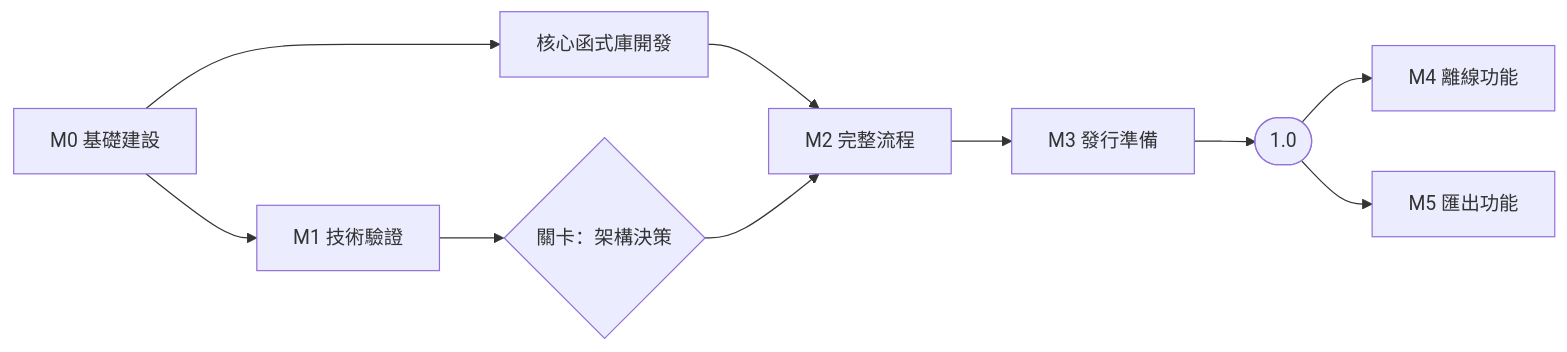
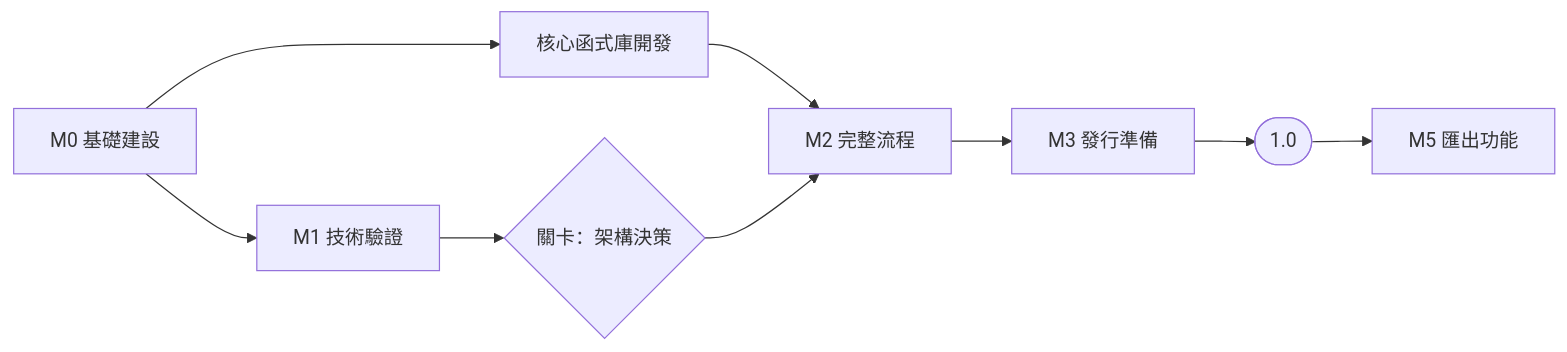
Before and after one commit to JimmyCodeWork/TripReplay: the diagram in docs/zh-TW/roadmap.md, drawn with Mermaid. The commit also changed other lines of this file and 28 other files, not shown here.

````diff
--- a/docs/zh-TW/roadmap.md
+++ b/docs/zh-TW/roadmap.md
@@ -17,12 +17,11 @@
 ```mermaid
 flowchart LR
     M0[M0 基礎建設] --> M1[M1 技術驗證]
     M0 --> Core[核心函式庫開發]
     Core --> M2
     M1 --> G1{關卡：架構決策}
     G1 --> M2[M2 完整流程]
     M2 --> M3[M3 發行準備]
     M3 --> R1([1.0])
-    R1 --> M4[M4 離線功能]
     R1 --> M5[M5 匯出功能]
 ```
````
